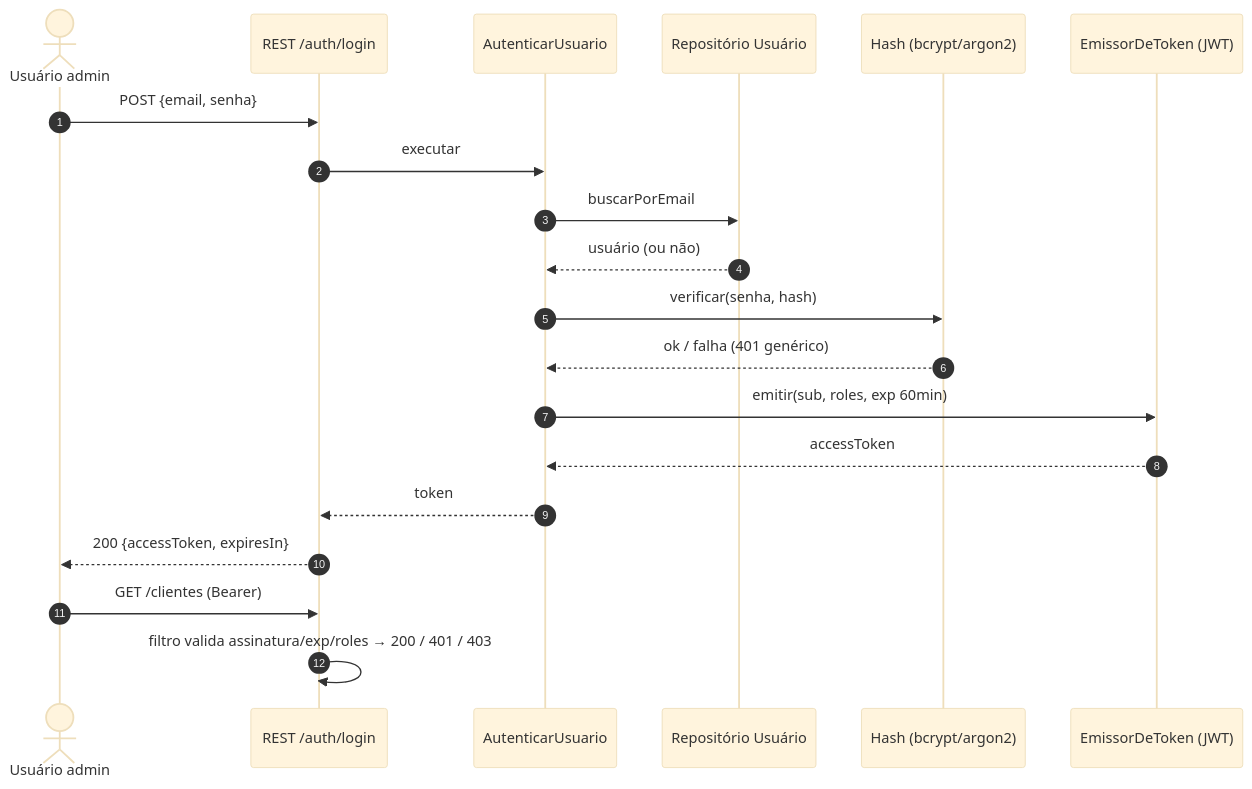
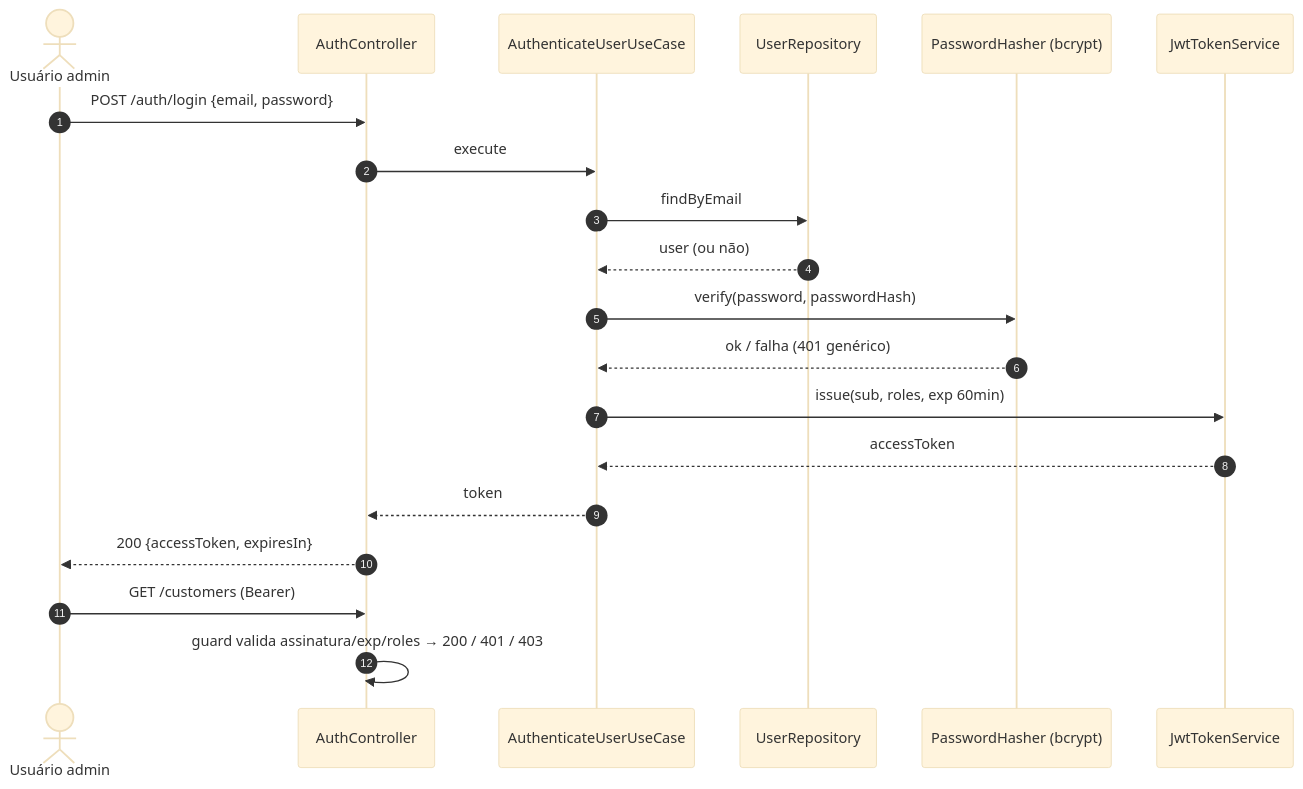
Before and after one commit to HermandoThiago/FIAP-SOAT: the fifth of 6 diagrams in docs/04-arquitetura/fluxos.md, drawn with Mermaid (base theme). The commit also changed other lines of this file and 42 other files, not shown here.

````diff
--- a/docs/04-arquitetura/fluxos.md
+++ b/docs/04-arquitetura/fluxos.md
@@ -122,22 +123,22 @@
 ```mermaid
 sequenceDiagram
     autonumber
     actor U as Usuário admin
-    participant API as REST /auth/login
-    participant AUT as AutenticarUsuario
-    participant REP as Repositório Usuário
-    participant H as Hash (bcrypt/argon2)
-    participant J as EmissorDeToken (JWT)
-    U->>API: POST {email, senha}
-    API->>AUT: executar
-    AUT->>REP: buscarPorEmail
-    REP-->>AUT: usuário (ou não)
-    AUT->>H: verificar(senha, hash)
+    participant API as AuthController
+    participant AUT as AuthenticateUserUseCase
+    participant REP as UserRepository
+    participant H as PasswordHasher (bcrypt)
+    participant J as JwtTokenService
+    U->>API: POST /auth/login {email, password}
+    API->>AUT: execute
+    AUT->>REP: findByEmail
+    REP-->>AUT: user (ou não)
+    AUT->>H: verify(password, passwordHash)
     H-->>AUT: ok / falha (401 genérico)
-    AUT->>J: emitir(sub, roles, exp 60min)
+    AUT->>J: issue(sub, roles, exp 60min)
     J-->>AUT: accessToken
     AUT-->>API: token
     API-->>U: 200 {accessToken, expiresIn}
-    U->>API: GET /clientes (Bearer)
-    API->>API: filtro valida assinatura/exp/roles → 200 / 401 / 403
+    U->>API: GET /customers (Bearer)
+    API->>API: guard valida assinatura/exp/roles → 200 / 401 / 403
 ```
````
